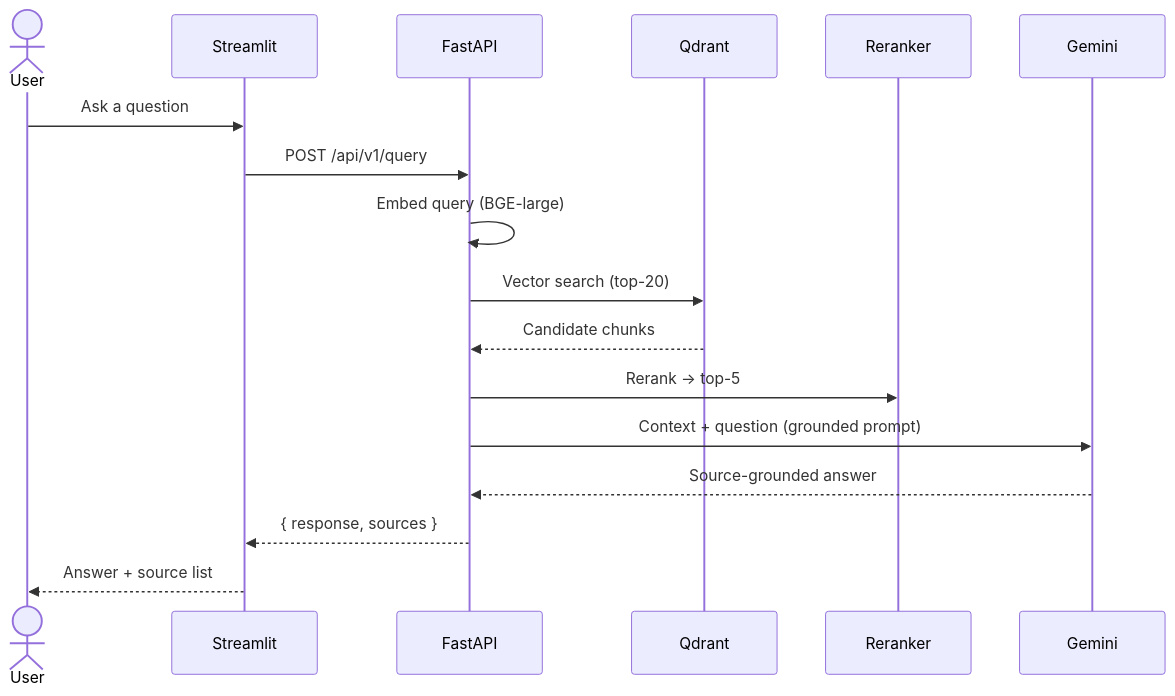
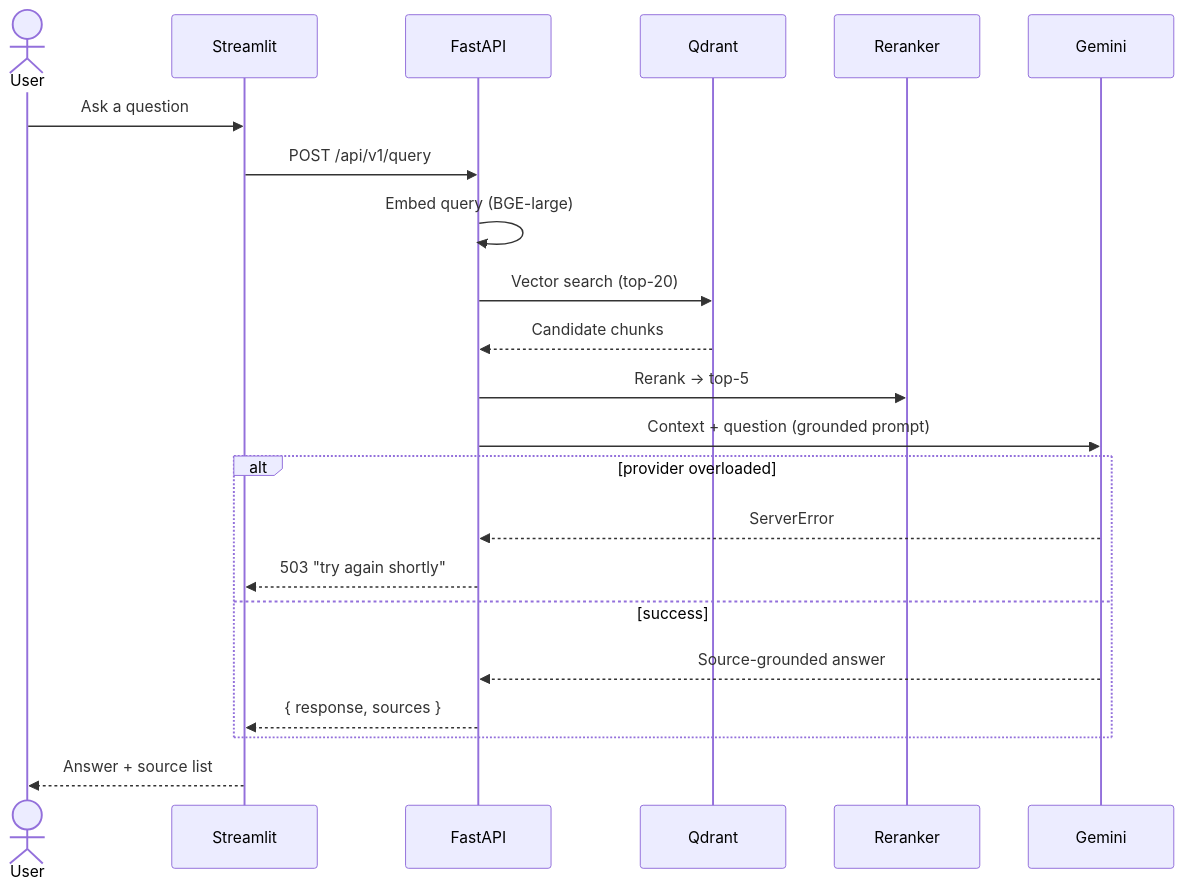
Before and after one commit to khattabpi/Rag-System: the third of 3 diagrams in README.md, drawn with Mermaid. The commit also changed other lines of this file, not shown here.

````diff
--- a/README.md
+++ b/README.md
@@ -82,20 +87,25 @@
 ```mermaid
 sequenceDiagram
     actor User
     participant GUI as Streamlit
     participant API as FastAPI
     participant QD as Qdrant
     participant RR as Reranker
     participant GEM as Gemini
 
     User->>GUI: Ask a question
     GUI->>API: POST /api/v1/query
     API->>API: Embed query (BGE-large)
     API->>QD: Vector search (top-20)
     QD-->>API: Candidate chunks
     API->>RR: Rerank → top-5
     API->>GEM: Context + question (grounded prompt)
-    GEM-->>API: Source-grounded answer
-    API-->>GUI: { response, sources }
+    alt provider overloaded
+        GEM-->>API: ServerError
+        API-->>GUI: 503 "try again shortly"
+    else success
+        GEM-->>API: Source-grounded answer
+        API-->>GUI: { response, sources }
+    end
     GUI-->>User: Answer + source list
 ```
````
